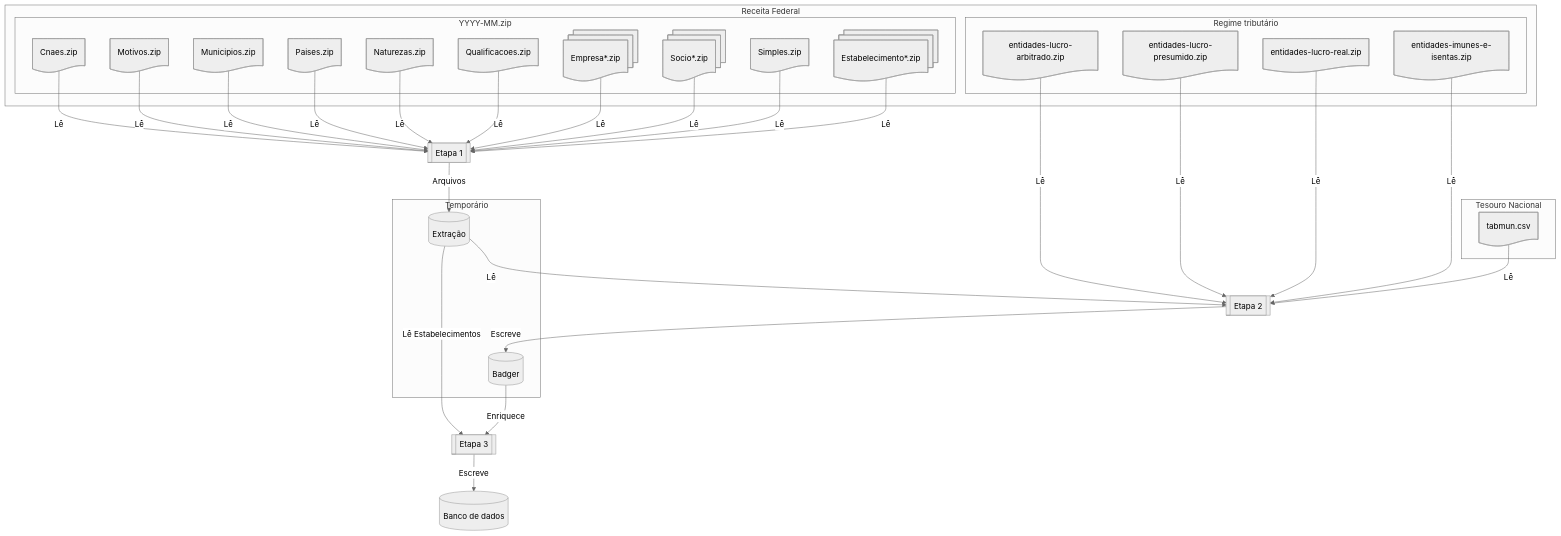
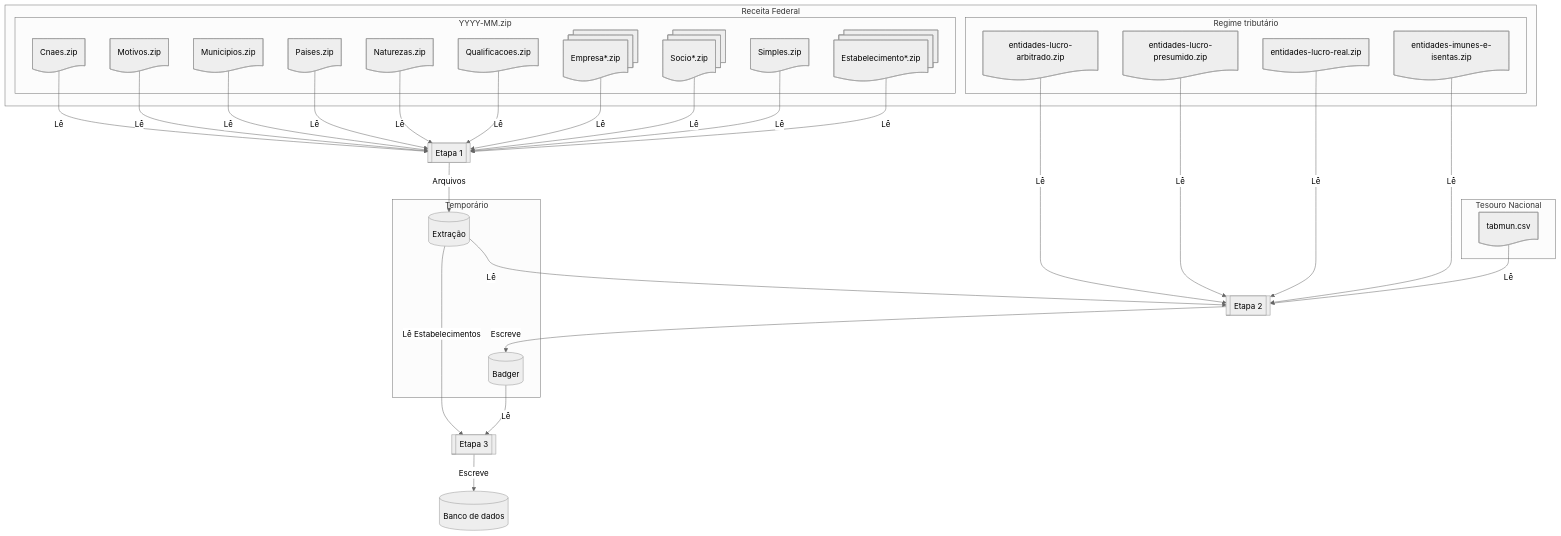
Before and after one commit to danie1net0/nossa-receita: the diagram in docs/contributing/etl.md, drawn with Mermaid (neutral theme). The commit also changed 15 other files, not shown here.

````diff
--- a/docs/contributing/etl.md
+++ b/docs/contributing/etl.md
@@ -53,61 +53,61 @@
 ```mermaid
 flowchart
     subgraph RFB ["Receita Federal"]
         subgraph D ["YYYY-MM.zip"]
             Est@{ shape: docs, label: "Estabelecimento*.zip"}
             Emp@{ shape: docs, label: "Empresa*.zip"}
             Soc@{ shape: docs, label: "Socio*.zip"}
             Sim@{ shape: doc, label: "Simples.zip"}
             Cna@{ shape: doc, label: "Cnaes.zip"}
             Mot@{ shape: doc, label: "Motivos.zip"}
             Mun@{ shape: doc, label: "Municipios.zip"}
             Pai@{ shape: doc, label: "Paises.zip"}
             Nat@{ shape: doc, label: "Naturezas.zip"}
             Qua@{ shape: doc, label: "Qualificacoes.zip"}
         end
         subgraph RT ["Regime tributário"]
             LuA@{ shape: doc, label: "entidades-lucro-arbitrado.zip"}
             LuP@{ shape: doc, label: "entidades-lucro-presumido.zip"}
             LuR@{ shape: doc, label: "entidades-lucro-real.zip"}
             IeI@{ shape: doc, label: "entidades-imunes-e-isentas.zip"}
         end
     end
 
     subgraph T ["Tesouro Nacional"]
         Tab@{ shape: doc, label: "tabmun.csv"}
     end
 
     subgraph TMP ["Temporário"]
       Ext@{ shape: db, label: "Extração" }
       Bad@{ shape: db, label: "Badger" }
     end
 
     ETL1@{ shape: subproc, label: "Etapa 1" }
     ETL2@{ shape: subproc, label: "Etapa 2" }
     ETL3@{ shape: subproc, label: "Etapa 3" }
     DB@{ shape: db, label: "Banco de dados" }
 
     Cna -->|Lê| ETL1
     Mot -->|Lê| ETL1
     Mun -->|Lê| ETL1
     Pai -->|Lê| ETL1
     Nat -->|Lê| ETL1
     Qua -->|Lê| ETL1
     Emp -->|Lê| ETL1
     Soc -->|Lê| ETL1
     Sim -->|Lê| ETL1
     Est -->|Lê| ETL1
     ETL1 -->|Arquivos| Ext
 
     Ext -->|Lê| ETL2
     LuA -->|Lê| ETL2
     LuP -->|Lê| ETL2
     LuR -->|Lê| ETL2
     IeI -->|Lê| ETL2
     Tab -->|Lê| ETL2
     ETL2 -->|Escreve| Bad
 
     Ext -->|Lê Estabelecimentos| ETL3
-    Bad -->|Enriquece| ETL3
+    Bad -->|Lê| ETL3
     ETL3 -->|Escreve| DB
 ```
````
